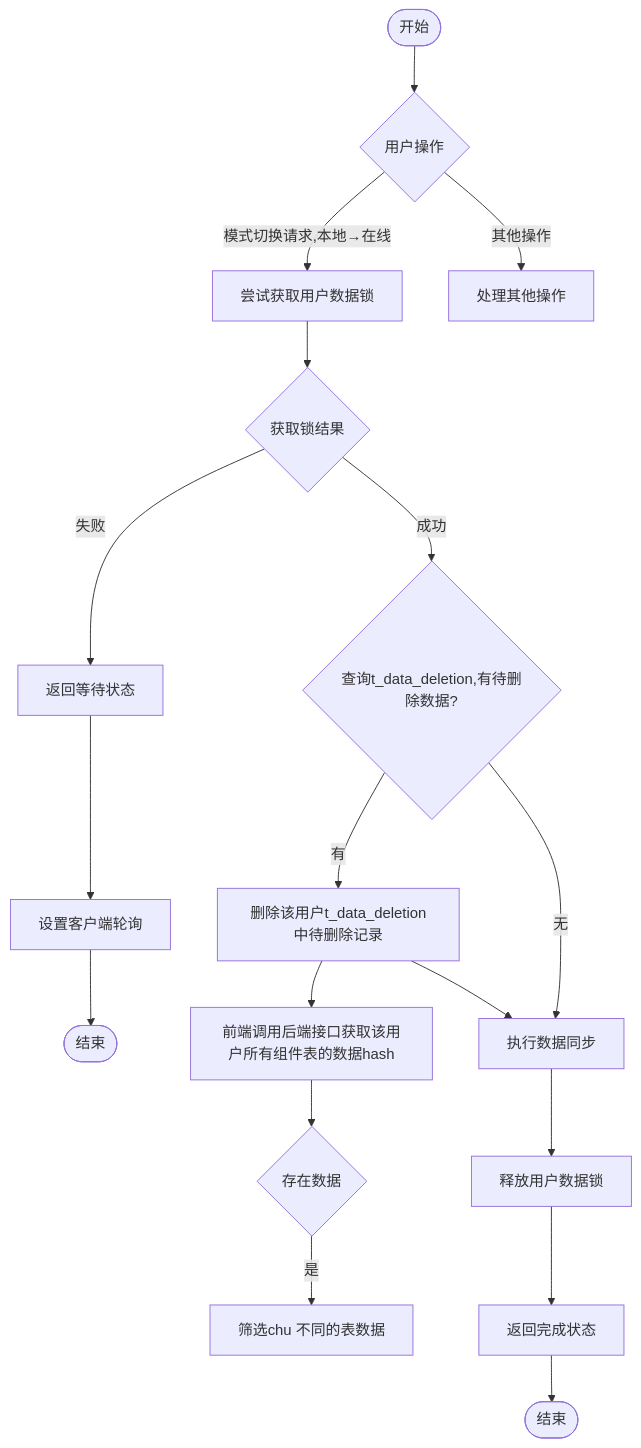
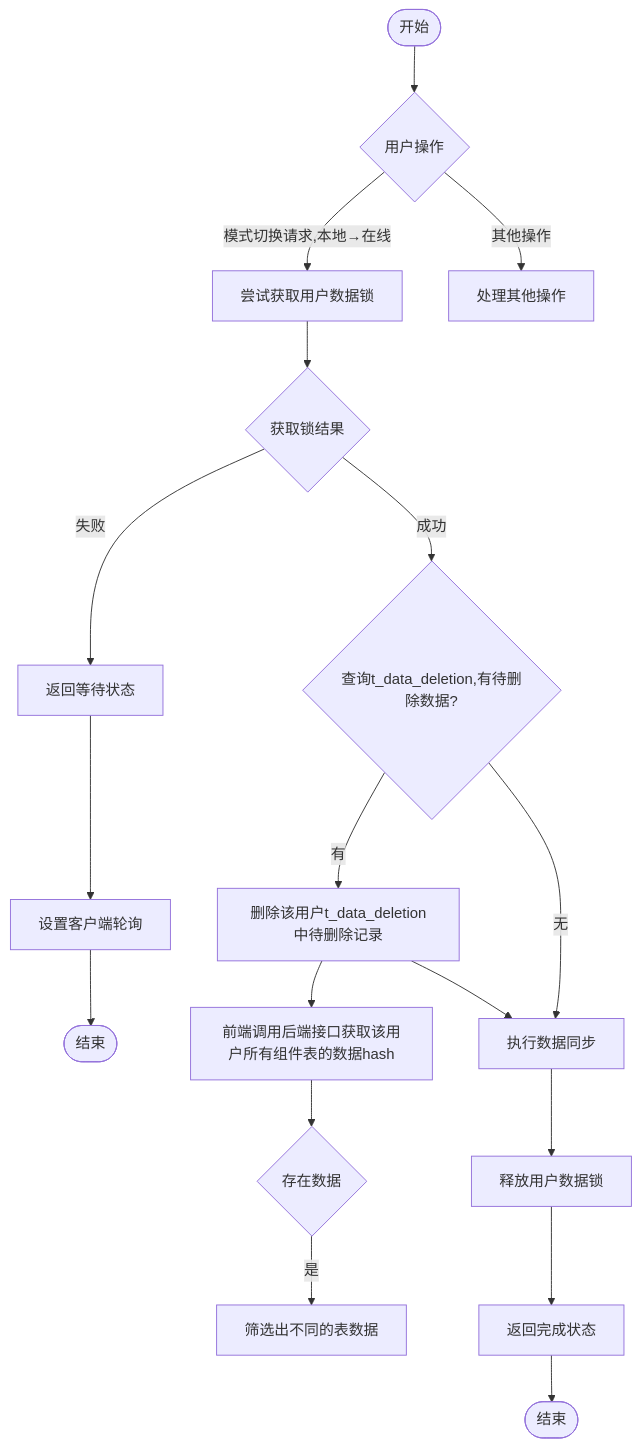
The diagram in all/未命名-57.md (yingjianzh/iodraw-files), drawn with Mermaid before and after one commit.

Commit message:
2025-05-12 11:33:26 update

````diff
--- a/all/未命名-57.md
+++ b/all/未命名-57.md
@@ -1,32 +1,33 @@
 ```mermaid
 
 flowchart TD
     %% 主要分支
     Start([开始]) --> UserAction{用户操作}
     UserAction -->|模式切换请求,本地→在线| TryLock[尝试获取用户数据锁]
     UserAction -->|其他操作| OtherOps[处理其他操作]
 
     %% 模式切换流程
     TryLock --> LockResult{获取锁结果}
     
     LockResult -->|失败| ReturnWaiting[返回等待状态]
     ReturnWaiting --> SetupPolling[设置客户端轮询]
     SetupPolling --> End1([结束])
     
     LockResult -->|成功| CheckPendingDeletion{查询t_data_deletion,有待删除数据?}
     
     CheckPendingDeletion -->|有| RemoveDeletionRecords[删除该用户t_data_deletion中待删除记录]
     RemoveDeletionRecords --> FrontGetComponentTableHash[前端调用后端接口获取该用户所有组件表的数据hash]
     FrontGetComponentTableHash --> ExistData{存在数据}
 
-    ExistData --> |是| CheckIsSame[筛选chu 不同的表数据]
+    ExistData --> |是| CheckIsSame[筛选出不同的表数据]
 
+    CheckIsSame
     RemoveDeletionRecords --> PerformSync[执行数据同步]
     
     CheckPendingDeletion -->|无| PerformSync
     
     PerformSync --> ReleaseSwitchLock[释放用户数据锁]
     ReleaseSwitchLock --> ReturnComplete[返回完成状态]
     ReturnComplete --> End2([结束])
 
 ```
````
